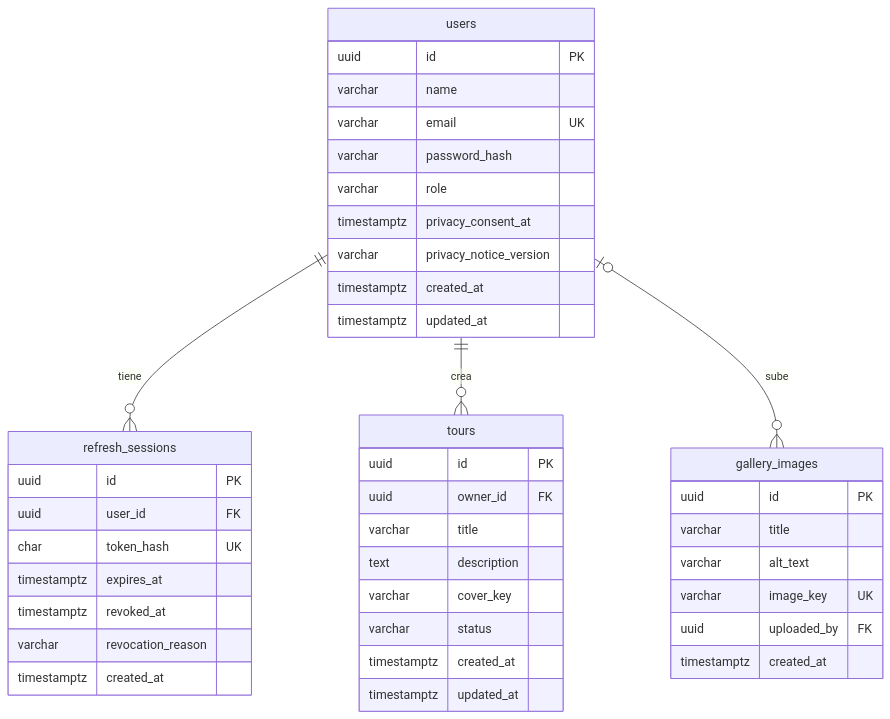
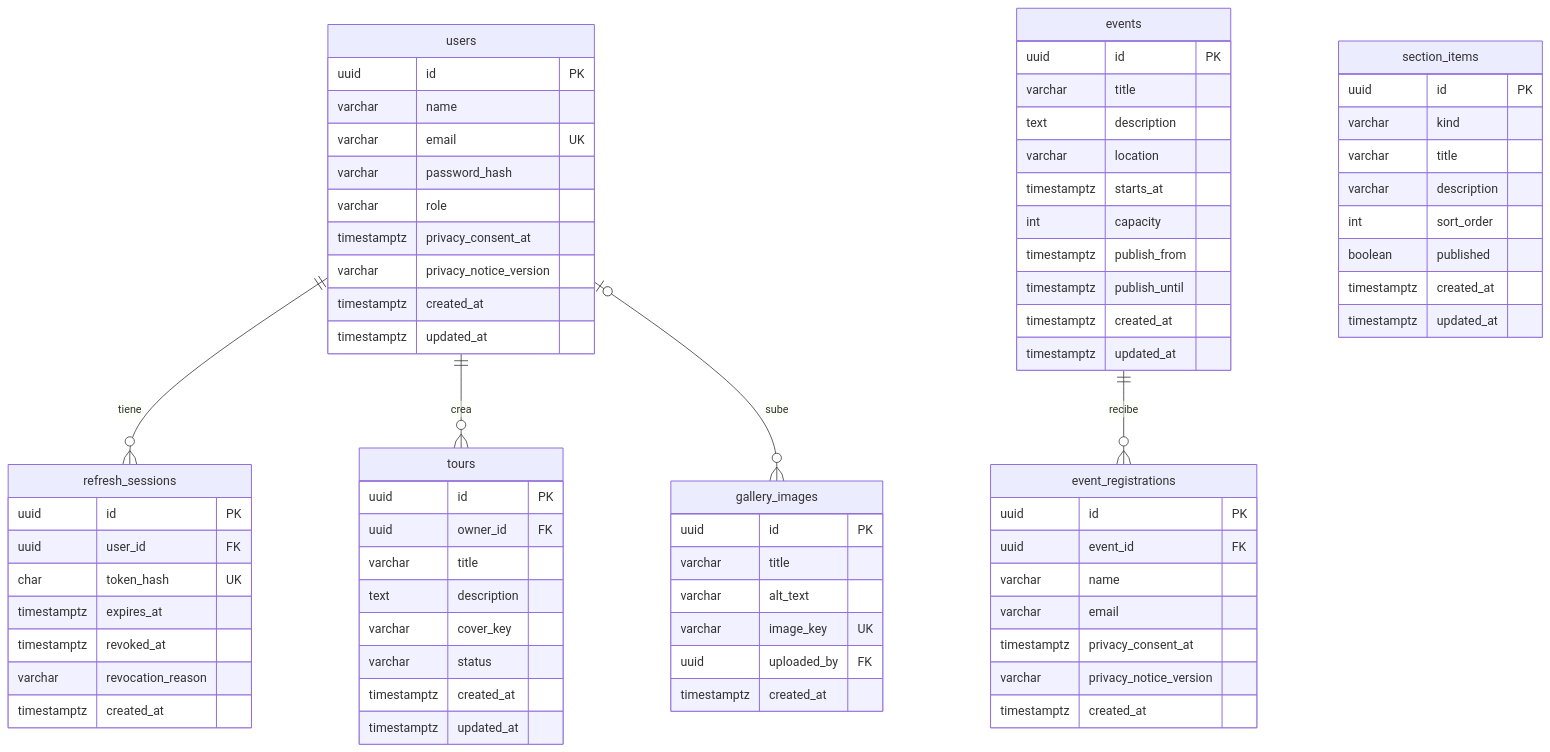
One commit to samlombi0928-prog/Laboratorio-CLENA-Landing changed the diagram in docs/modelo-datos.md. Above: the diagram before and after it, drawn with Mermaid. The commit also changed other lines of this file and 1 other file, not shown here.

````diff
--- a/docs/modelo-datos.md
+++ b/docs/modelo-datos.md
@@ -25,45 +30,77 @@
 ```mermaid
 erDiagram
     users ||--o{ refresh_sessions : "tiene"
     users ||--o{ tours : "crea"
     users |o--o{ gallery_images : "sube"
+    events ||--o{ event_registrations : "recibe"
 
     users {
         uuid id PK
         varchar name
         varchar email UK
         varchar password_hash
         varchar role
         timestamptz privacy_consent_at
         varchar privacy_notice_version
         timestamptz created_at
         timestamptz updated_at
     }
     refresh_sessions {
         uuid id PK
         uuid user_id FK
         char token_hash UK
         timestamptz expires_at
         timestamptz revoked_at
         varchar revocation_reason
         timestamptz created_at
     }
     tours {
         uuid id PK
         uuid owner_id FK
         varchar title
         text description
         varchar cover_key
         varchar status
         timestamptz created_at
         timestamptz updated_at
     }
     gallery_images {
         uuid id PK
         varchar title
         varchar alt_text
         varchar image_key UK
         uuid uploaded_by FK
         timestamptz created_at
     }
+    events {
+        uuid id PK
+        varchar title
+        text description
+        varchar location
+        timestamptz starts_at
+        int capacity
+        timestamptz publish_from
+        timestamptz publish_until
+        timestamptz created_at
+        timestamptz updated_at
+    }
+    event_registrations {
+        uuid id PK
+        uuid event_id FK
+        varchar name
+        varchar email
+        timestamptz privacy_consent_at
+        varchar privacy_notice_version
+        timestamptz created_at
+    }
+    section_items {
+        uuid id PK
+        varchar kind
+        varchar title
+        varchar description
+        int sort_order
+        boolean published
+        timestamptz created_at
+        timestamptz updated_at
+    }
 ```
````
